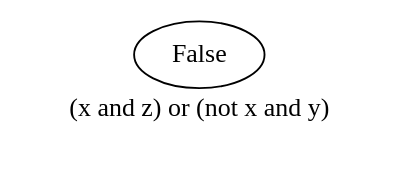
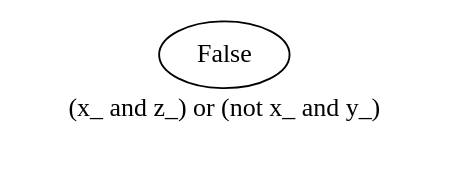
One commit to O1ez/IncreasingResilienceOfAutomatedVehicles changed the diagram in out/bdd_uo_2.dot. Above: the diagram before and after it, drawn with Graphviz. The commit also changed 20 other files, not shown here.

```diff
--- a/out/bdd_uo_2.dot
+++ b/out/bdd_uo_2.dot
@@ -1,3 +1,3 @@
 digraph{
-label="(x and z) or (not x and y)\n\n"
-1889826362064[label=False]}
+label="(x_ and z_) or (not x_ and y_)\n\n"
+2996655394160[label=False]}
```
